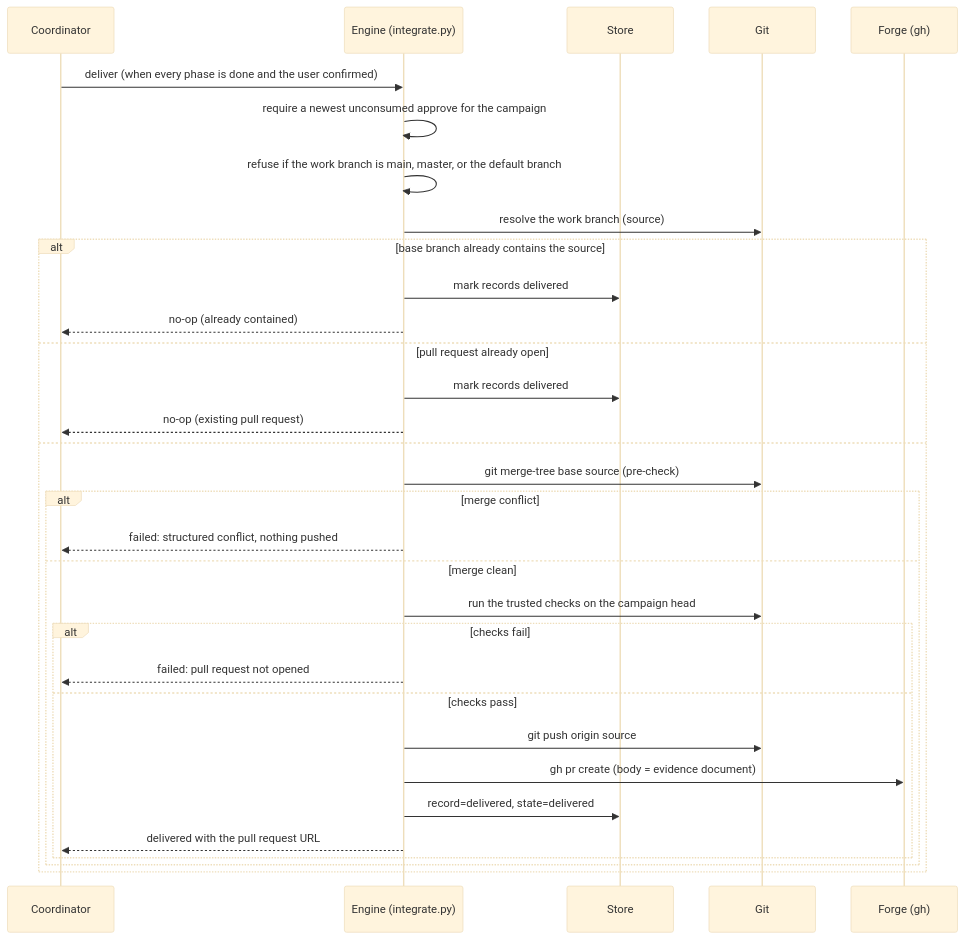
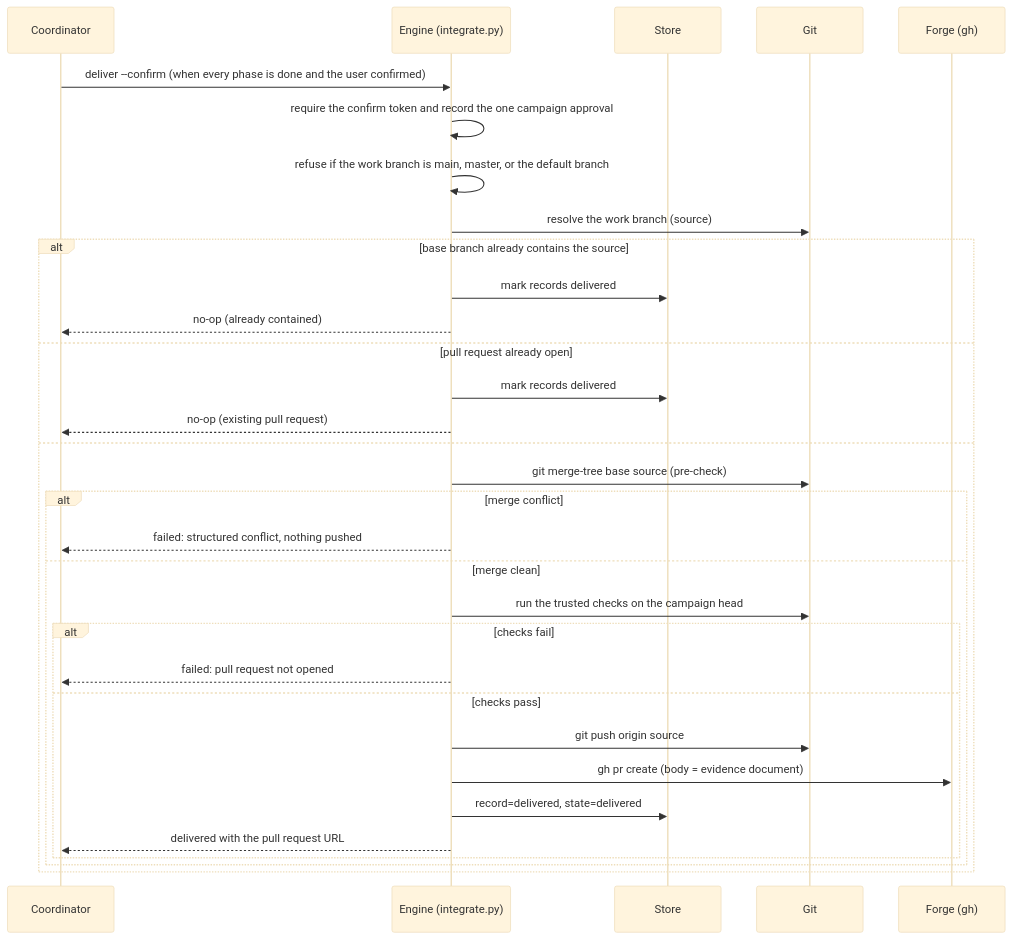
The eighth of 10 diagrams in docs/architecture.md (ming6ao/sliceme), drawn with Mermaid (base theme) before and after one commit. The commit also changed other lines of this file and 30 other files, not shown here.

First line of the commit message:
refactor(deliver): fold the campaign approval into delivery

````diff
--- a/docs/architecture.md
+++ b/docs/architecture.md
@@ -352,35 +351,35 @@
 ```mermaid
 sequenceDiagram
   participant C as Coordinator
   participant E as Engine (integrate.py)
   participant D as Store
   participant G as Git
   participant F as Forge (gh)
 
-  C->>E: deliver (when every phase is done and the user confirmed)
-  E->>E: require a newest unconsumed approve for the campaign
+  C->>E: deliver --confirm (when every phase is done and the user confirmed)
+  E->>E: require the confirm token and record the one campaign approval
   E->>E: refuse if the work branch is main, master, or the default branch
   E->>G: resolve the work branch (source)
   alt base branch already contains the source
     E->>D: mark records delivered
     E-->>C: no-op (already contained)
   else pull request already open
     E->>D: mark records delivered
     E-->>C: no-op (existing pull request)
   else
     E->>G: git merge-tree base source (pre-check)
     alt merge conflict
       E-->>C: failed: structured conflict, nothing pushed
     else merge clean
       E->>G: run the trusted checks on the campaign head
       alt checks fail
         E-->>C: failed: pull request not opened
       else checks pass
         E->>G: git push origin source
         E->>F: gh pr create (body = evidence document)
         E->>D: record=delivered, state=delivered
         E-->>C: delivered with the pull request URL
       end
     end
   end
 ```
````
